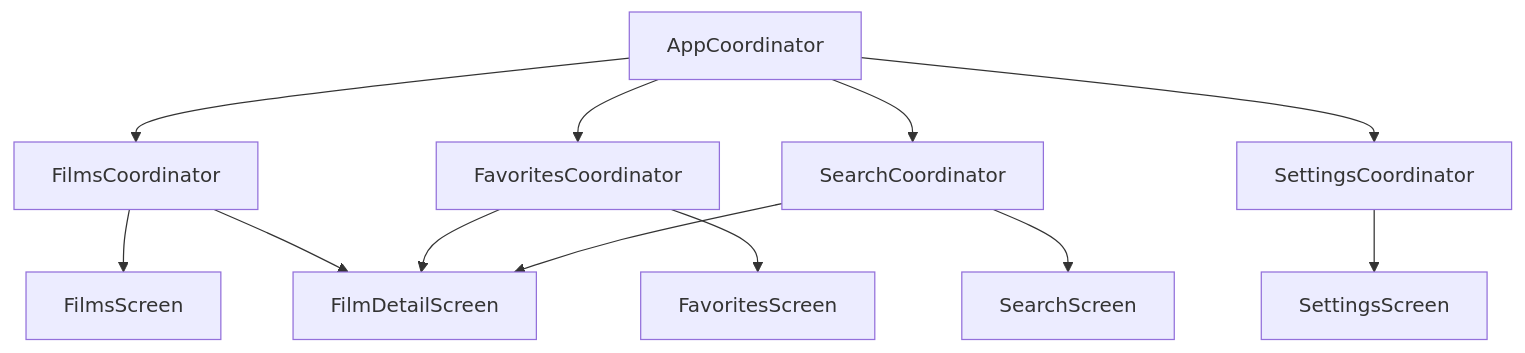
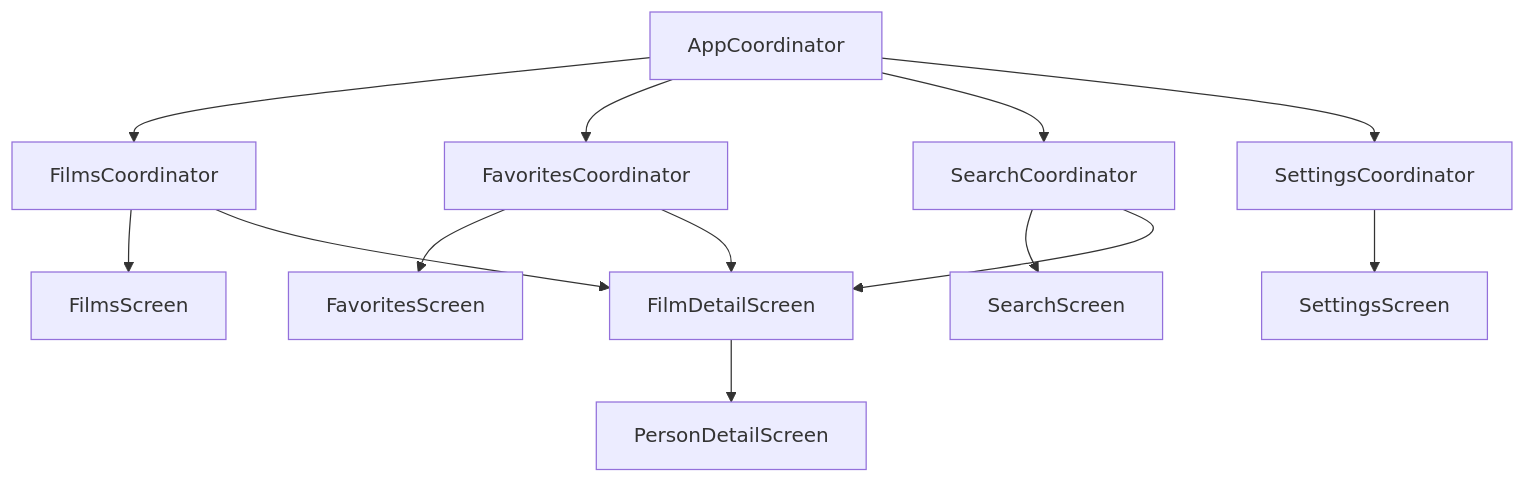
One commit to karimelbahi/GhibliSwiftUIApp changed the third of 3 diagrams in README.md. Above: the diagram before and after it, drawn with Mermaid. The commit also changed other lines of this file, not shown here.

First line of the commit message:
Update README with person detail flow and coordinator screen guide.

````diff
--- a/README.md
+++ b/README.md
@@ -155,16 +157,18 @@
 ```mermaid
 flowchart TB
     AppCoordinator --> FilmsCoordinator
     AppCoordinator --> FavoritesCoordinator
     AppCoordinator --> SearchCoordinator
     AppCoordinator --> SettingsCoordinator
 
     FilmsCoordinator --> FilmsScreen
     FavoritesCoordinator --> FavoritesScreen
     SearchCoordinator --> SearchScreen
     SettingsCoordinator --> SettingsScreen
 
     FilmsCoordinator --> FilmDetailScreen
     FavoritesCoordinator --> FilmDetailScreen
     SearchCoordinator --> FilmDetailScreen
+
+    FilmDetailScreen --> PersonDetailScreen
 ```
````
